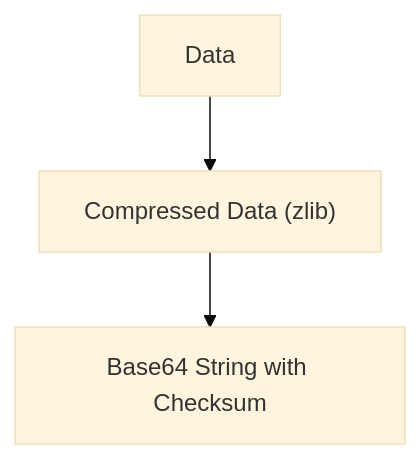
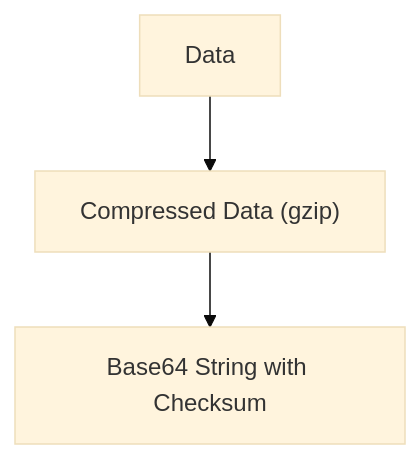
The first of 2 diagrams in README.md (lilopkins/files-by-clipboard), drawn with Mermaid (base theme) before and after one commit. The commit also changed other lines of this file and 2 other files, not shown here.

Commit message:
swapped to gzip for compatibility

````diff
--- a/README.md
+++ b/README.md
@@ -9,4 +9,4 @@
 ```mermaid
 graph TD
-  Data --> cd["Compressed Data (zlib)"] --> b64[Base64 String with Checksum];
+  Data --> cd["Compressed Data (gzip)"] --> b64[Base64 String with Checksum];
 ```
````
